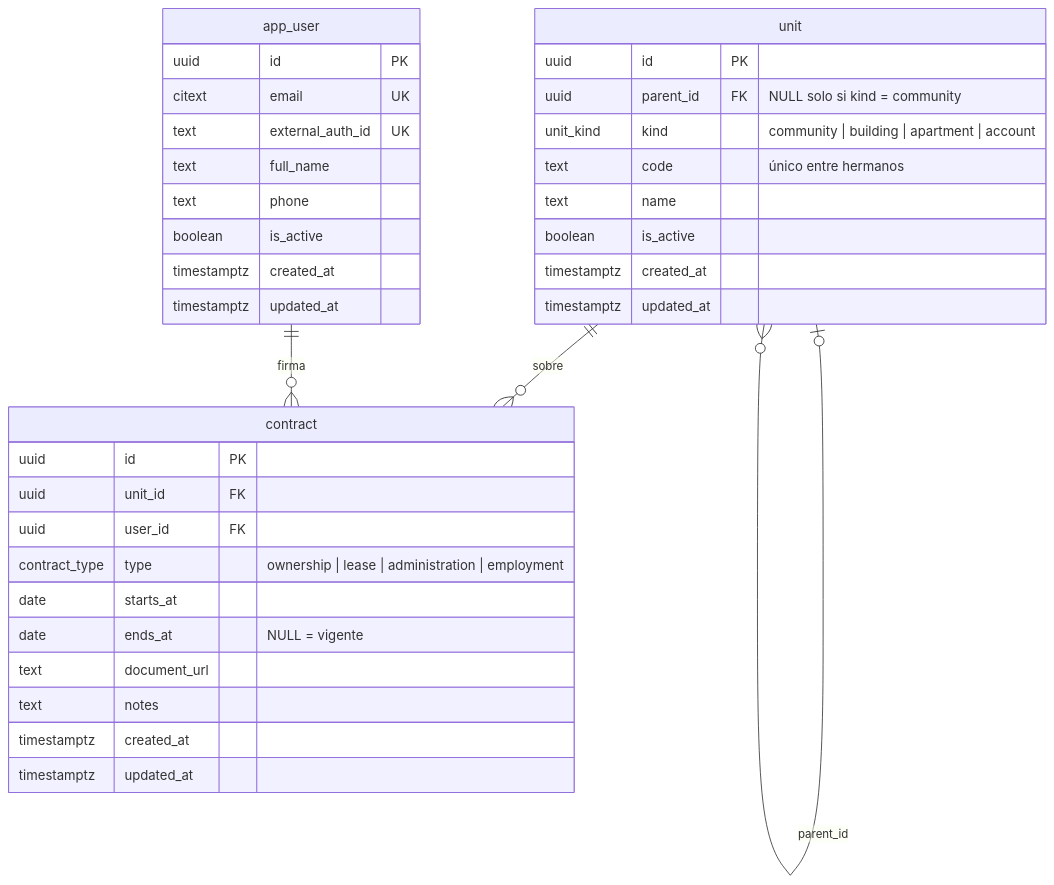
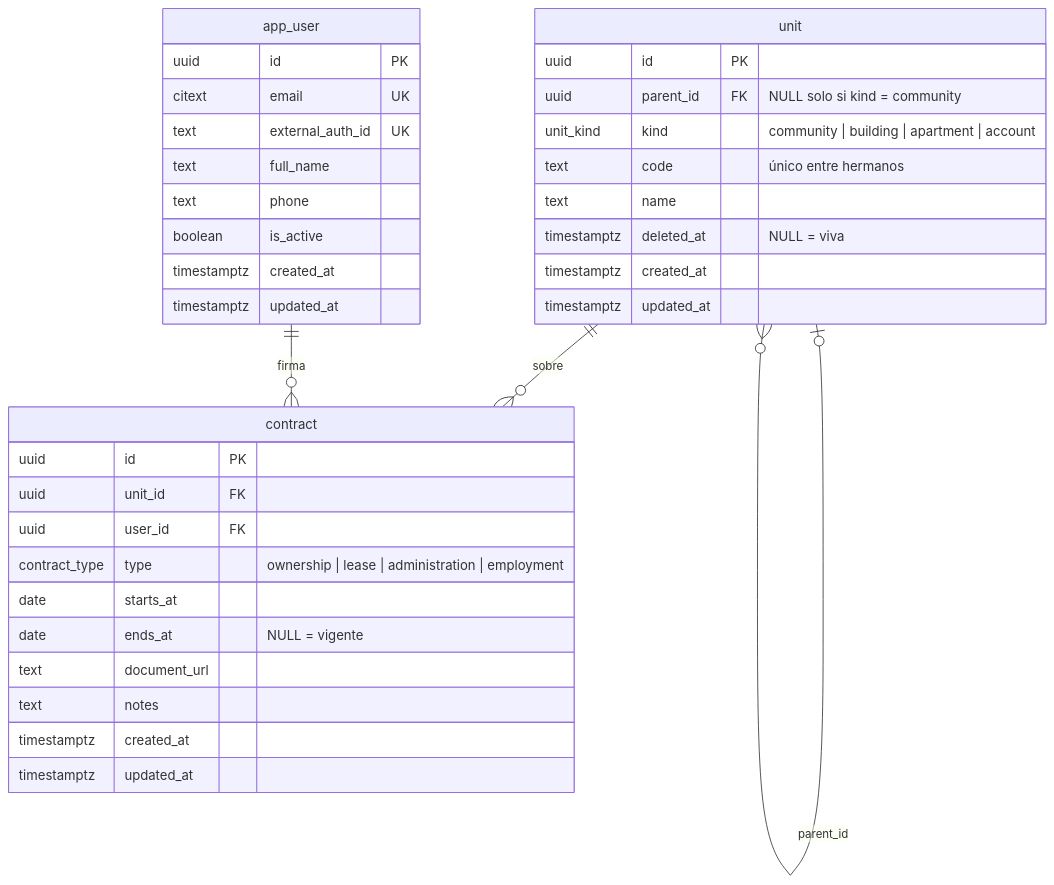
The diagram in database/modelo.mmd (MarkoDotCom/logistica-comunidad), drawn with Mermaid before and after one commit. The commit also changed 24 other files, not shown here.

```diff
--- a/database/modelo.mmd
+++ b/database/modelo.mmd
@@ -1,49 +1,49 @@
 %% Modelo de datos — gestión logística de comunidad (PostgreSQL)
 %% Fuente de verdad: schema.sql. Renderizar: mmdc -i modelo.mmd -o modelo.svg
 %% Esquemas: units (unit), users (app_user, contract), public (enums y set_updated_at)
 erDiagram
 
   %% ---------------------------------------------------------------
   %% Relaciones
   %% ---------------------------------------------------------------
   unit o|--o{ unit : "parent_id"
   unit     ||--o{ contract : "sobre"
   app_user ||--o{ contract : "firma"
 
   %% ---------------------------------------------------------------
   %% Entidades
   %% ---------------------------------------------------------------
   unit {
     uuid id PK
     uuid parent_id FK "NULL solo si kind = community"
     unit_kind kind "community | building | apartment | account"
     text code "único entre hermanos"
     text name
-    boolean is_active
+    timestamptz deleted_at "NULL = viva"
     timestamptz created_at
     timestamptz updated_at
   }
 
   app_user {
     uuid id PK
     citext email UK
     text external_auth_id UK
     text full_name
     text phone
     boolean is_active
     timestamptz created_at
     timestamptz updated_at
   }
 
   contract {
     uuid id PK
     uuid unit_id FK
     uuid user_id FK
     contract_type type "ownership | lease | administration | employment"
     date starts_at
     date ends_at "NULL = vigente"
     text document_url
     text notes
     timestamptz created_at
     timestamptz updated_at
   }
```
